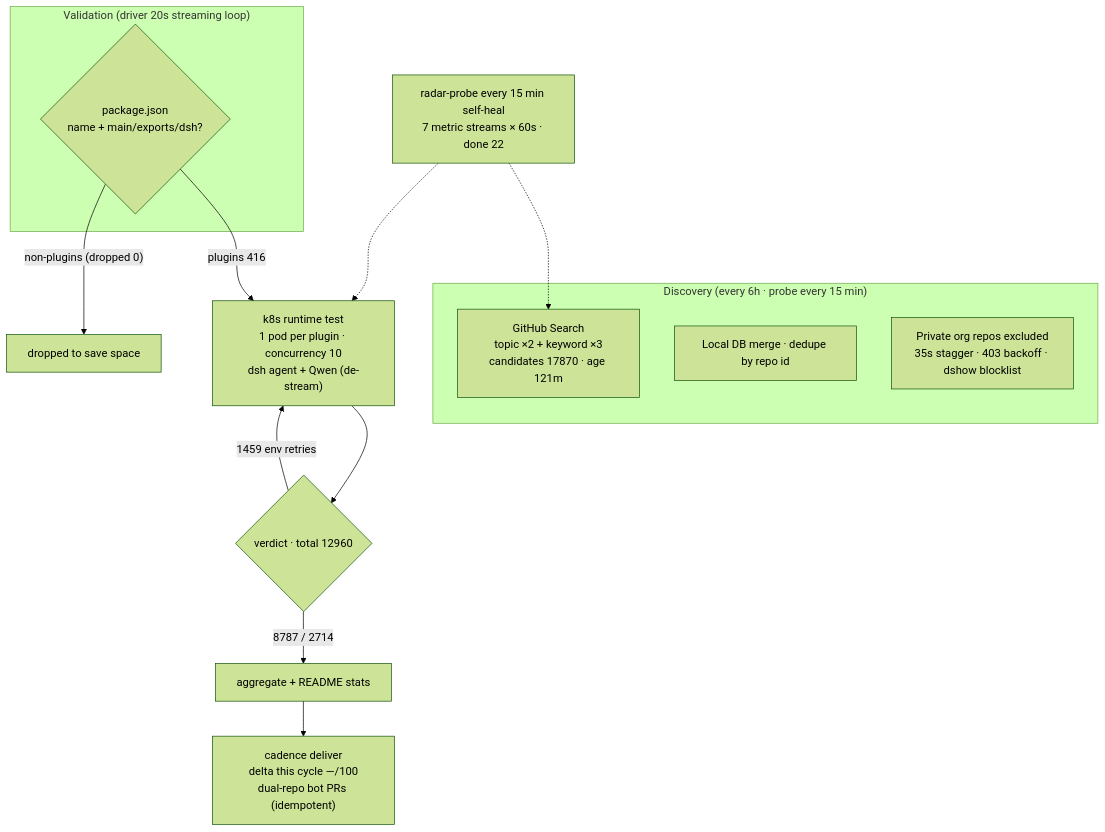
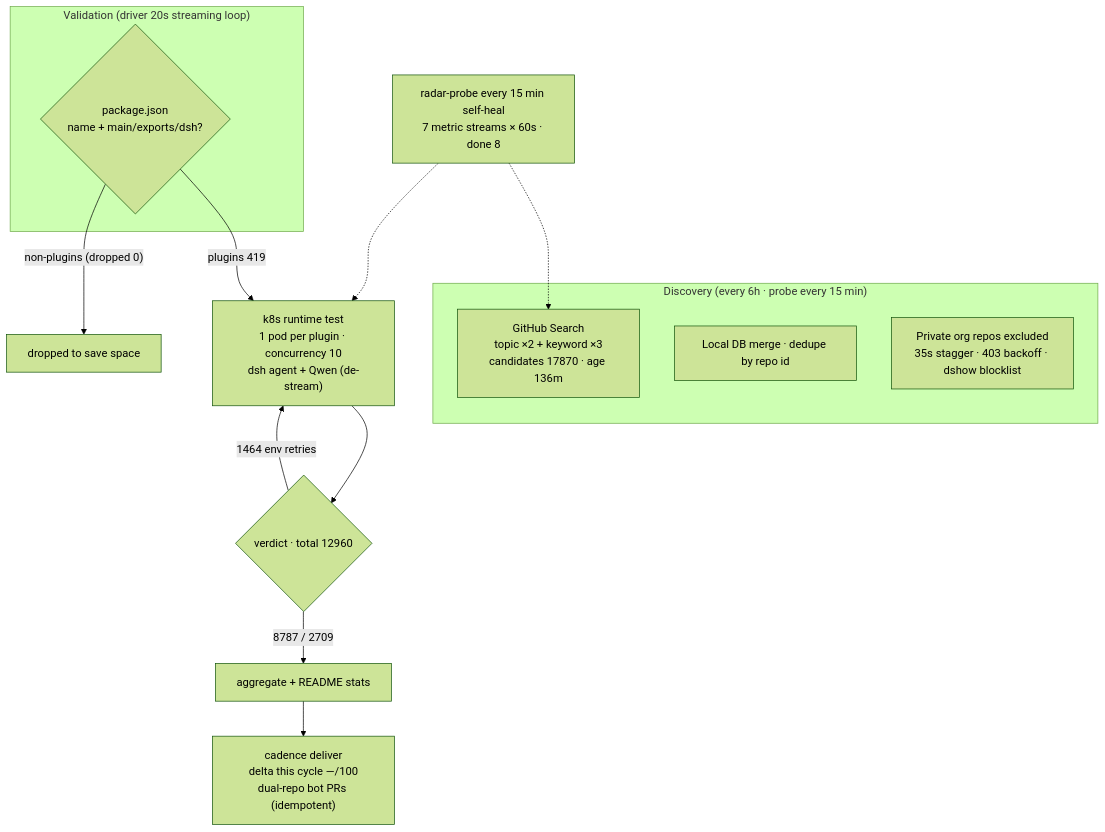
The diagram in README.en-US.md (AdamPlatin123/awesome-dsh-plugins), drawn with Mermaid (forest theme) before and after one commit. The commit also changed other lines of this file and 5 other files, not shown here.

````diff
--- a/README.en-US.md
+++ b/README.en-US.md
@@ -45,20 +45,20 @@
 ```mermaid
 flowchart TB
     subgraph Discovery["Discovery (every 6h · probe every 15 min)"]
-        A1["GitHub Search<br/>topic ×2 + keyword ×3<br/>candidates 17870 · age 121m"]
+        A1["GitHub Search<br/>topic ×2 + keyword ×3<br/>candidates 17870 · age 136m"]
         A2["Local DB merge · dedupe by repo id"]
         A3["Private org repos excluded<br/>35s stagger · 403 backoff · dshow blocklist"]
     end
     subgraph Validation["Validation (driver 20s streaming loop)"]
         B1{"package.json<br/>name + main/exports/dsh?"}
     end
-    B1 -->|"plugins 416"| C1["k8s runtime test<br/>1 pod per plugin · concurrency 10<br/>dsh agent + Qwen (de-stream)"]
+    B1 -->|"plugins 419"| C1["k8s runtime test<br/>1 pod per plugin · concurrency 10<br/>dsh agent + Qwen (de-stream)"]
     B1 -->|"non-plugins (dropped 0)"| B3["dropped to save space"]
     C1 --> D1{"verdict · total 12960"}
-    D1 -->|"8787 / 2714"| E1["aggregate + README stats"]
-    D1 -->|"1459 env retries"| C1
+    D1 -->|"8787 / 2709"| E1["aggregate + README stats"]
+    D1 -->|"1464 env retries"| C1
     E1 --> E2["cadence deliver<br/>delta this cycle —/100<br/>dual-repo bot PRs (idempotent)"]
-    M["radar-probe every 15 min self-heal<br/>7 metric streams × 60s · done 22"]
+    M["radar-probe every 15 min self-heal<br/>7 metric streams × 60s · done 8"]
     M -.-> A1
     M -.-> C1
 ```
````
